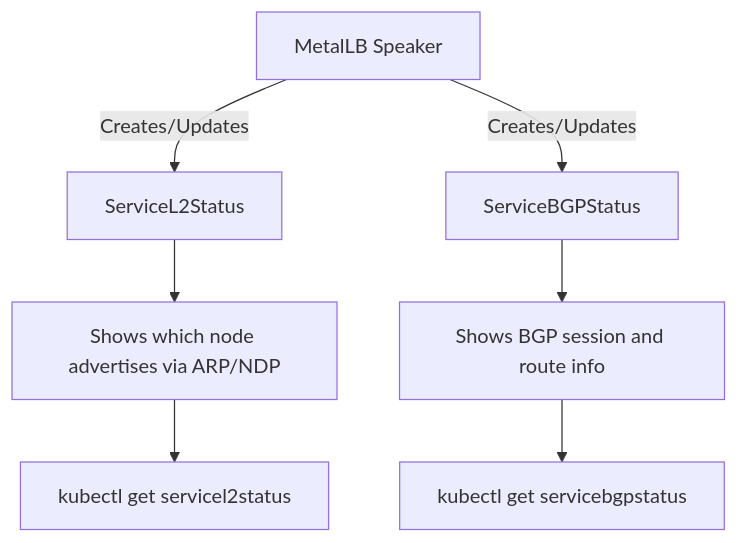
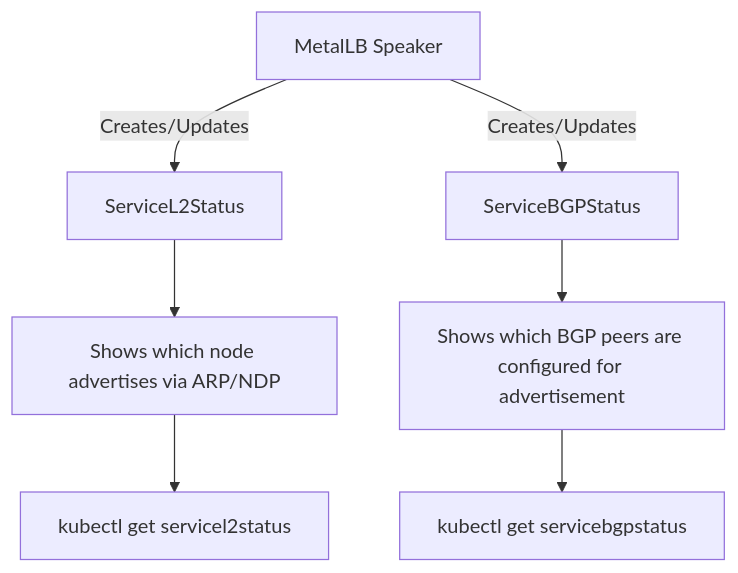
One commit to OneUptime/blog changed the first of 3 diagrams in posts/2026-02-20-metallb-servicel2status-servicebgpstatus/README.md. Above: the diagram before and after it, drawn with Mermaid. The commit also changed other lines of this file and 2 other files, not shown here.

````diff
--- a/posts/2026-02-20-metallb-servicel2status-servicebgpstatus/README.md
+++ b/posts/2026-02-20-metallb-servicel2status-servicebgpstatus/README.md
@@ -17,9 +17,9 @@
 ```mermaid
 flowchart TD
     A[MetalLB Speaker] -->|Creates/Updates| B[ServiceL2Status]
     A -->|Creates/Updates| C[ServiceBGPStatus]
     B --> D[Shows which node advertises via ARP/NDP]
-    C --> E[Shows BGP session and route info]
+    C --> E[Shows which BGP peers are configured for advertisement]
     D --> F[kubectl get servicel2status]
     E --> G[kubectl get servicebgpstatus]
 ```
````
